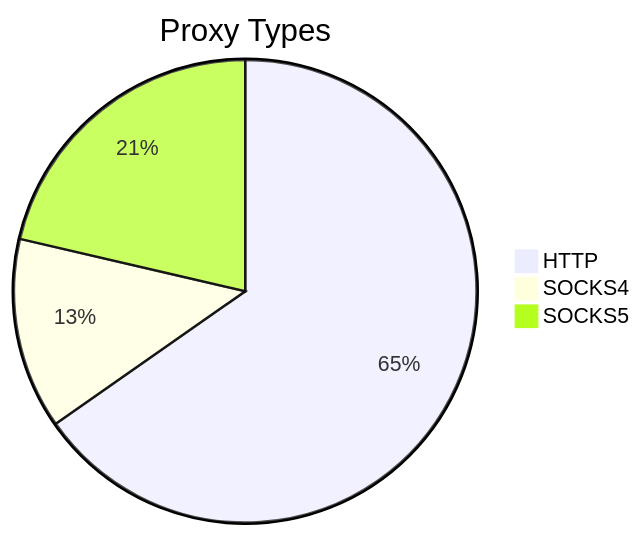
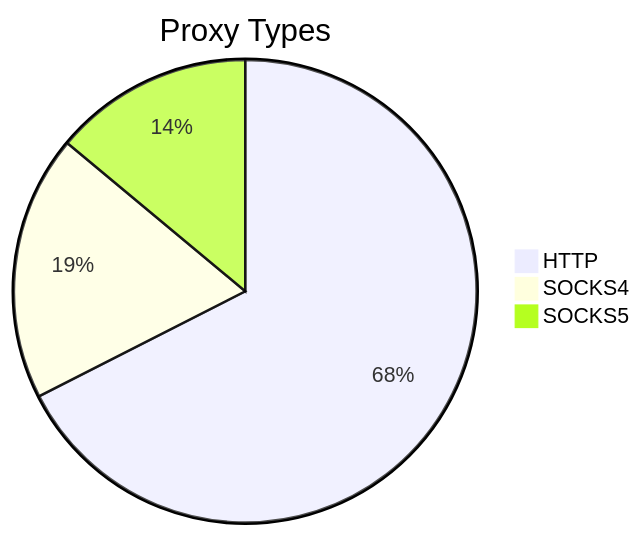
Before and after one commit to stormsia/proxy-list: the first of 2 diagrams in README.md, drawn with Mermaid. The commit also changed other lines of this file, not shown here.

````diff
--- a/README.md
+++ b/README.md
@@ -21,6 +21,6 @@
 ```mermaid
 pie title Proxy Types
-    "HTTP" : 220
-    "SOCKS4" : 45
-    "SOCKS5" : 72
+    "HTTP" : 513
+    "SOCKS4" : 141
+    "SOCKS5" : 106
 ```
````
